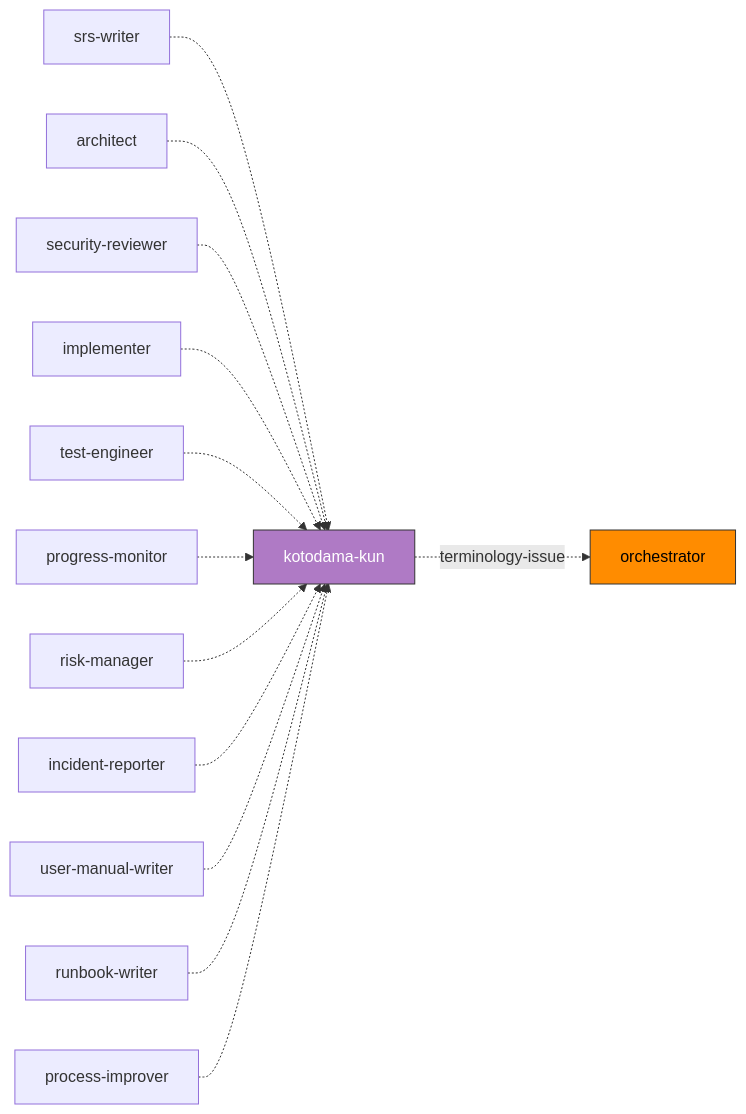
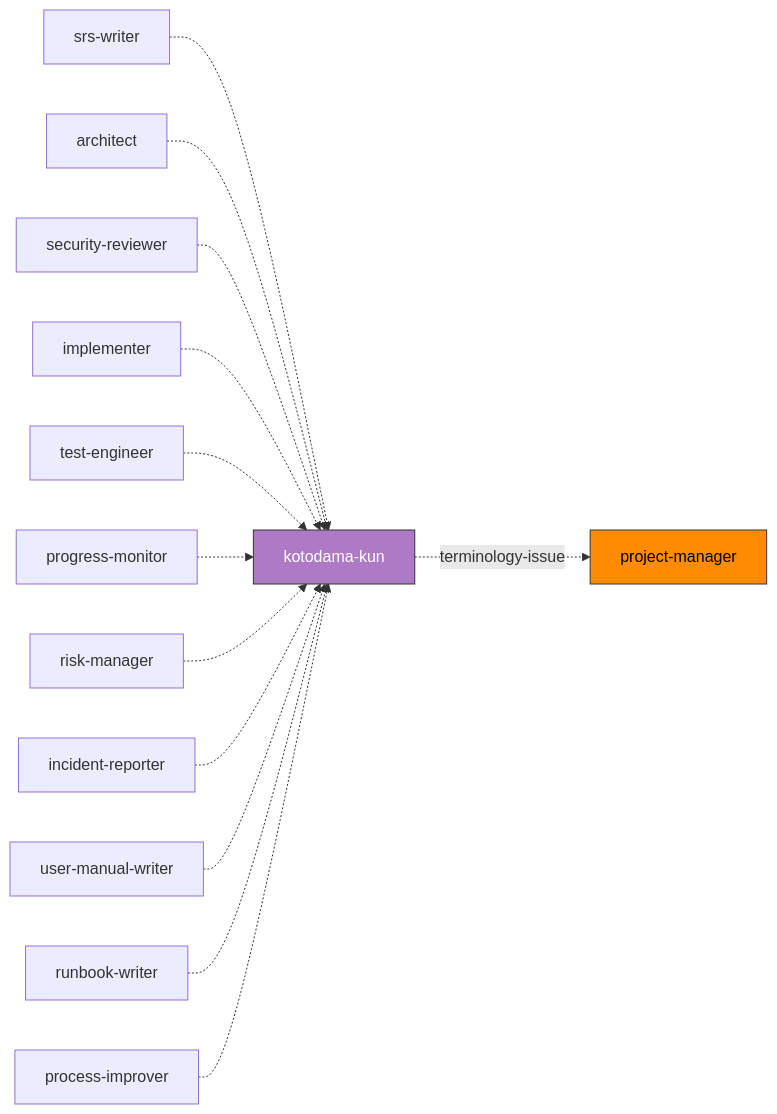
Before and after one commit to GoodRelax/gr-sw-maker: the fourth of 4 diagrams in framework-src/en/process-rules/agent-list.md, drawn with Mermaid. The commit also changed other lines of this file and 73 other files, not shown here.

````diff
--- a/framework-src/en/process-rules/agent-list.md
+++ b/framework-src/en/process-rules/agent-list.md
@@ -358,19 +358,19 @@
 ```mermaid
 flowchart LR
     SRS["srs-writer"] -.-> Koto
     Arch["architect"] -.-> Koto
     Sec["security-reviewer"] -.-> Koto
     Impl["implementer"] -.-> Koto
     Test["test-engineer"] -.-> Koto
     PM["progress-monitor"] -.-> Koto
     RM["risk-manager"] -.-> Koto
     IR["incident-reporter"] -.-> Koto
     UMW["user-manual-writer"] -.-> Koto
     RBW["runbook-writer"] -.-> Koto
     PI["process-improver"] -.-> Koto
 
-    Koto["kotodama-kun"] -.->|"terminology-issue"| Orch["orchestrator"]
+    Koto["kotodama-kun"] -.->|"terminology-issue"| Orch["project-manager"]
 
     style Koto fill:#af7ac5,stroke:#333,color:#fff
     style Orch fill:#FF8C00,stroke:#333,color:#000
 ```
````
